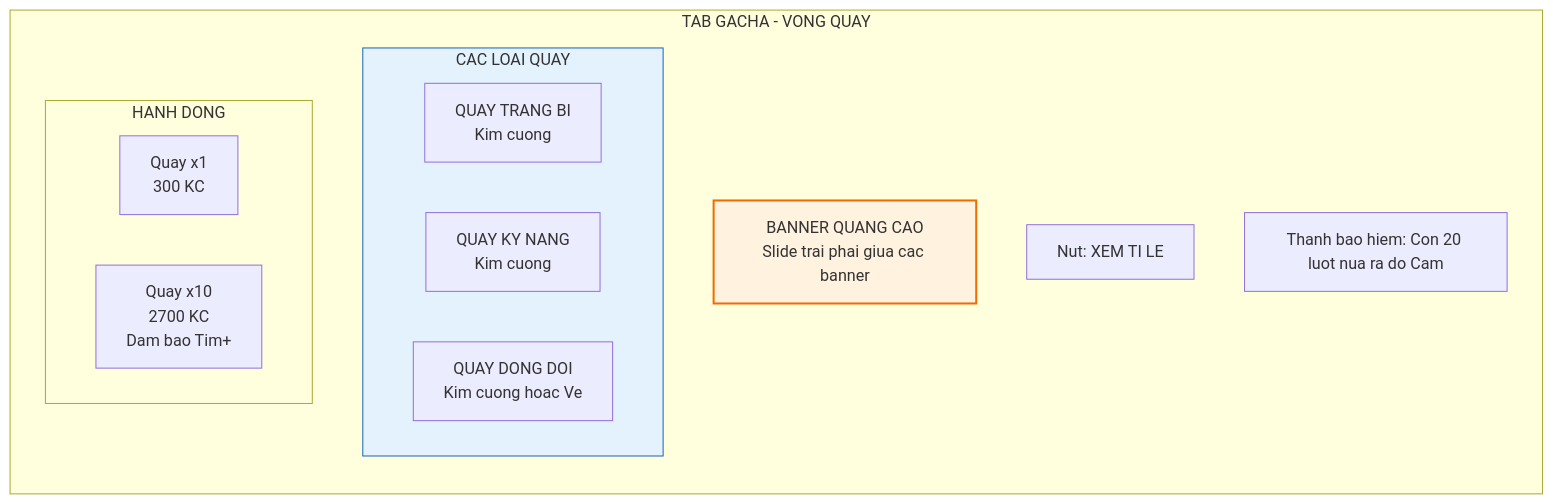
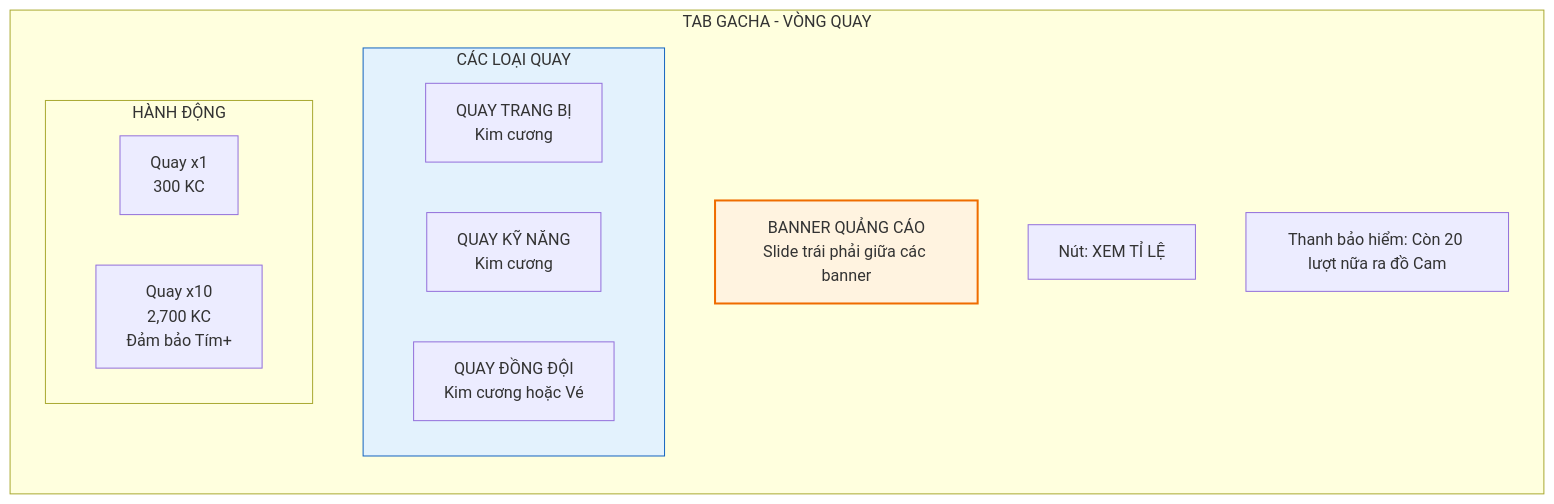
One commit to luantran-working/idlegame-designdocs changed the fourth of 6 diagrams in docs/cac-chuc-nang-chinh-va-bo-cuc.md. Above: the diagram before and after it, drawn with Mermaid. The commit also changed other lines of this file and 16 other files, not shown here.

Commit message:
feat: Introduce extensive game design documentation covering game systems, UI, and roadmap, and enable Mermaid diagram support in Docusaurus.

````diff
--- a/docs/cac-chuc-nang-chinh-va-bo-cuc.md
+++ b/docs/cac-chuc-nang-chinh-va-bo-cuc.md
@@ -263,27 +263,27 @@
 ```mermaid
 flowchart TB
-    subgraph GachaTab["TAB GACHA - VONG QUAY"]
+    subgraph GachaTab["TAB GACHA - VÒNG QUAY"]
         direction TB
 
-        Banner["BANNER QUANG CAO<br/>Slide trai phai giua cac banner"]
+        Banner["BANNER QUẢNG CÁO<br/>Slide trái phải giữa các banner"]
 
-        subgraph BannerTypes["CAC LOAI QUAY"]
+        subgraph BannerTypes["CÁC LOẠI QUAY"]
             direction LR
-            Equip["QUAY TRANG BI<br/>Kim cuong"]
-            Skill["QUAY KY NANG<br/>Kim cuong"]
-            Hero["QUAY DONG DOI<br/>Kim cuong hoac Ve"]
+            Equip["QUAY TRANG BỊ<br/>Kim cương"]
+            Skill["QUAY KỸ NĂNG<br/>Kim cương"]
+            Hero["QUAY ĐỒNG ĐỘI<br/>Kim cương hoặc Vé"]
         end
 
-        subgraph Actions["HANH DONG"]
+        subgraph Actions["HÀNH ĐỘNG"]
             direction LR
             X1["Quay x1<br/>300 KC"]
-            X10["Quay x10<br/>2700 KC<br/>Dam bao Tim+"]
+            X10["Quay x10<br/>2,700 KC<br/>Đảm bảo Tím+"]
         end
 
-        Rate["Nut: XEM TI LE"]
-        Pity["Thanh bao hiem: Con 20 luot nua ra do Cam"]
+        Rate["Nút: XEM TỈ LỆ"]
+        Pity["Thanh bảo hiểm: Còn 20 lượt nữa ra đồ Cam"]
     end
 
     style Banner fill:#fff3e0,stroke:#ef6c00,stroke-width:2px
     style BannerTypes fill:#e3f2fd,stroke:#1565c0,stroke-width:1px
 ```
````
